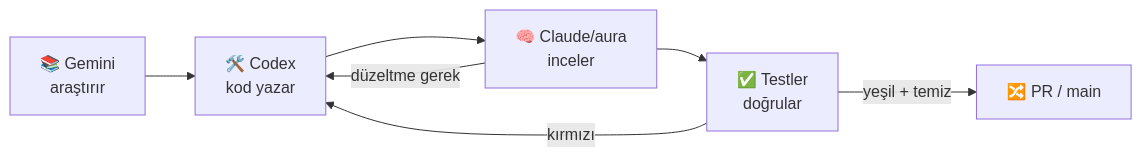
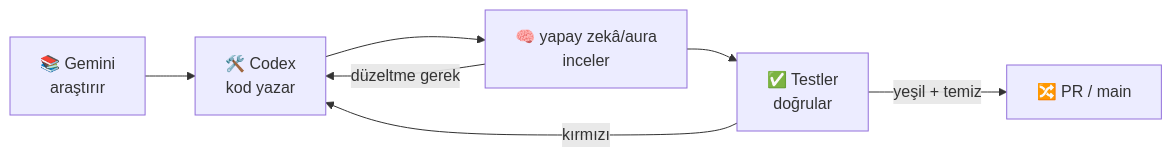
Before and after one commit to cleoanka/teknofest-prototip.v2: the first of 3 diagrams in ultraplan.md, drawn with Mermaid. The commit also changed other lines of this file and 10 other files, not shown here.

First line of the commit message:
chore: yapay zekâ branding'ini geneliştir + README'ye AI-destek notu

````diff
--- a/ultraplan.md
+++ b/ultraplan.md
@@ -57,9 +57,9 @@
 ```mermaid
 flowchart LR
     G["📚 Gemini<br/>araştırır"] --> C["🛠️ Codex<br/>kod yazar"]
-    C --> R["🧠 Claude/aura<br/>inceler"]
+    C --> R["🧠 yapay zekâ/aura<br/>inceler"]
     R --> T["✅ Testler<br/>doğrular"]
     T -->|"yeşil + temiz"| M["🔀 PR / main"]
     T -->|"kırmızı"| C
     R -->|"düzeltme gerek"| C
 ```
````
